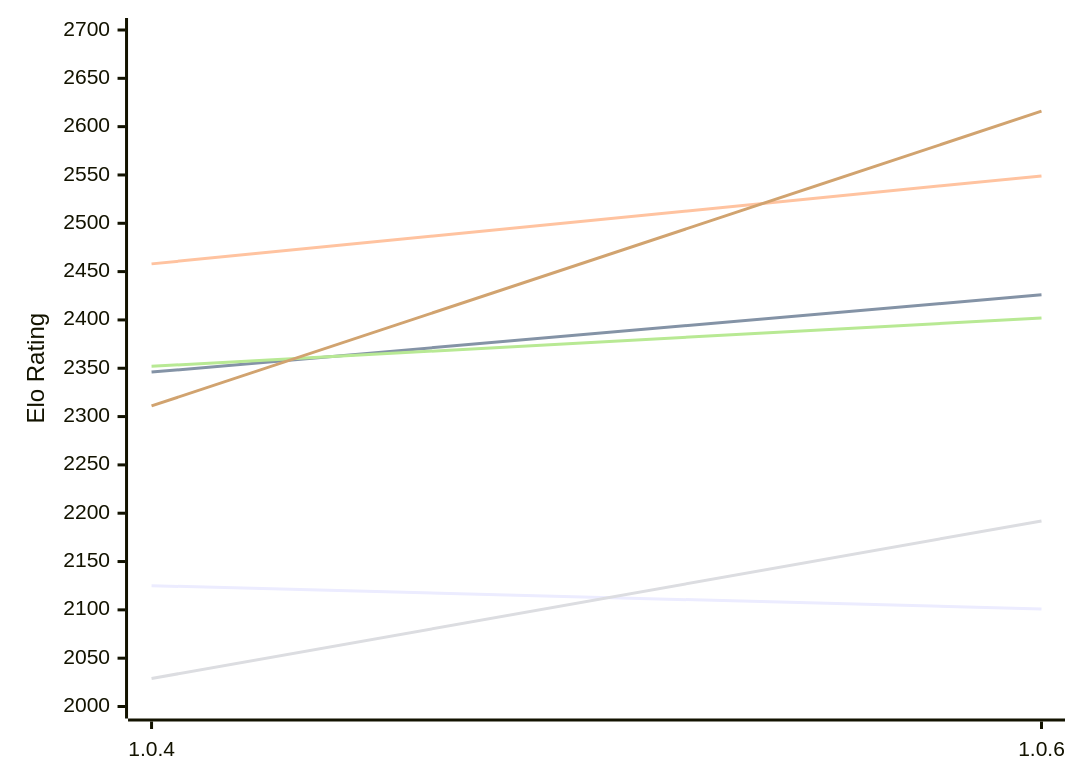
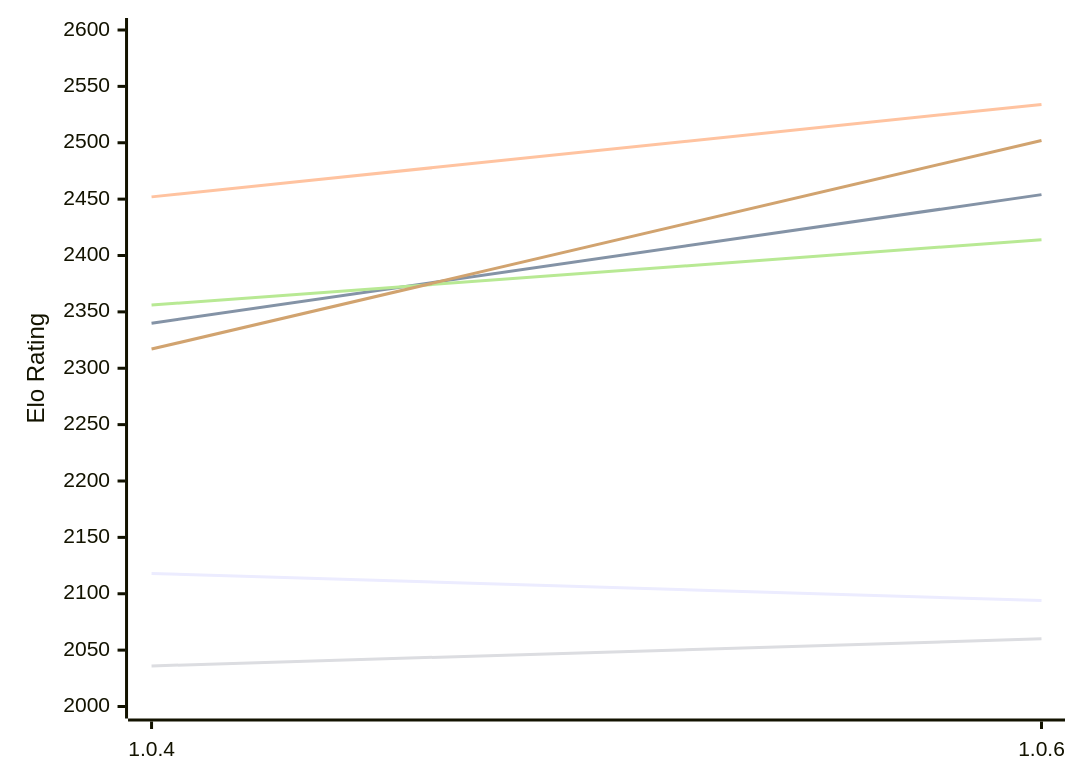
Before and after one commit to computer-chess-index/cci: the diagram in engines/Ankax.md, drawn with Mermaid. The commit also changed other lines of this file, not shown here.

Commit message:
Update CCI Ratings (ELO VLTC) - 2026-11-18

````diff
--- a/engines/Ankax.md
+++ b/engines/Ankax.md
@@ -49,12 +49,12 @@
 ```mermaid
 %%{init: {"theme":"base","themeVariables":{"seriesColors:['#a3a3a3','#222221','#faa371']}}}%%
 xychart-beta
   x-axis ["1.0.4", "1.0.6"]
-  y-axis "Elo Rating" 2000 --> 2700
-  line "E1: STC (8.0+0.08s)" [2125, 2101]
-  line "E1: LTC (60.0+0.60s)" [2346, 2426]
-  line "E1: VLTC (2m24s+1.12s)" [2458, 2549]
-  line "P1: STC (8.0+0.08s)" [2029, 2192]
-  line "P1: LTC (60.0+0.60s)" [2352, 2402]
-  line "P1: VLTC (2m24s+1.12s)" [2311, 2616]
+  y-axis "Elo Rating" 2000 --> 2600
+  line "E1: STC (8.0+0.08s)" [2118, 2094]
+  line "E1: LTC (60.0+0.60s)" [2340, 2454]
+  line "E1: VLTC (2m24s+1.12s)" [2452, 2534]
+  line "P1: STC (8.0+0.08s)" [2036, 2060]
+  line "P1: LTC (60.0+0.60s)" [2356, 2414]
+  line "P1: VLTC (2m24s+1.12s)" [2317, 2502]
 ```
````
